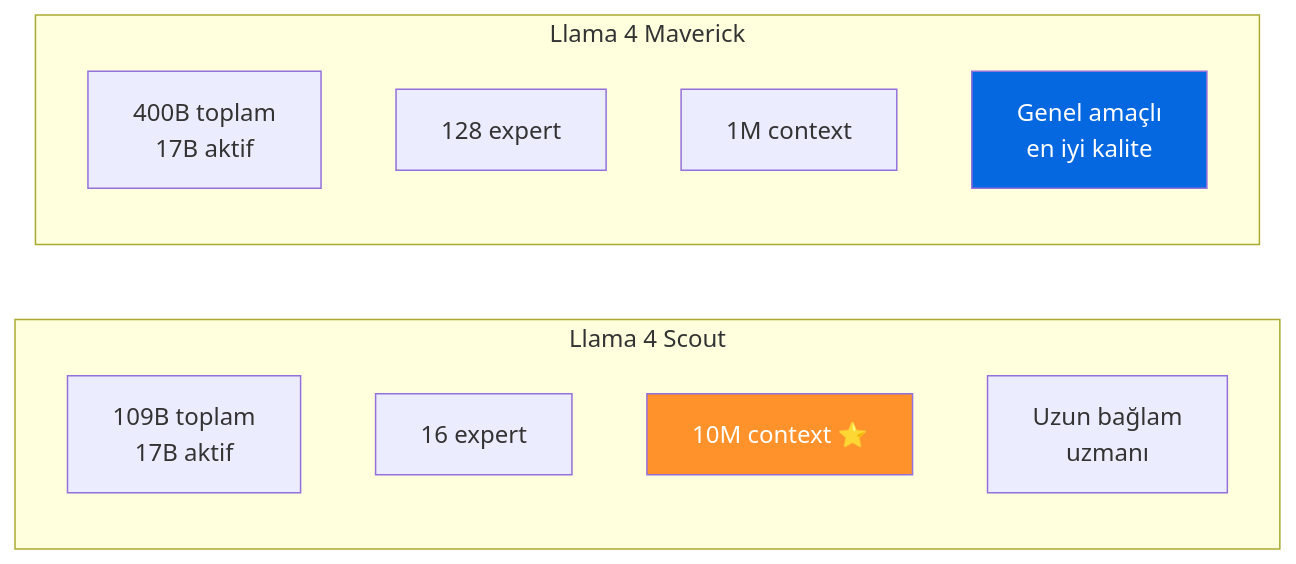
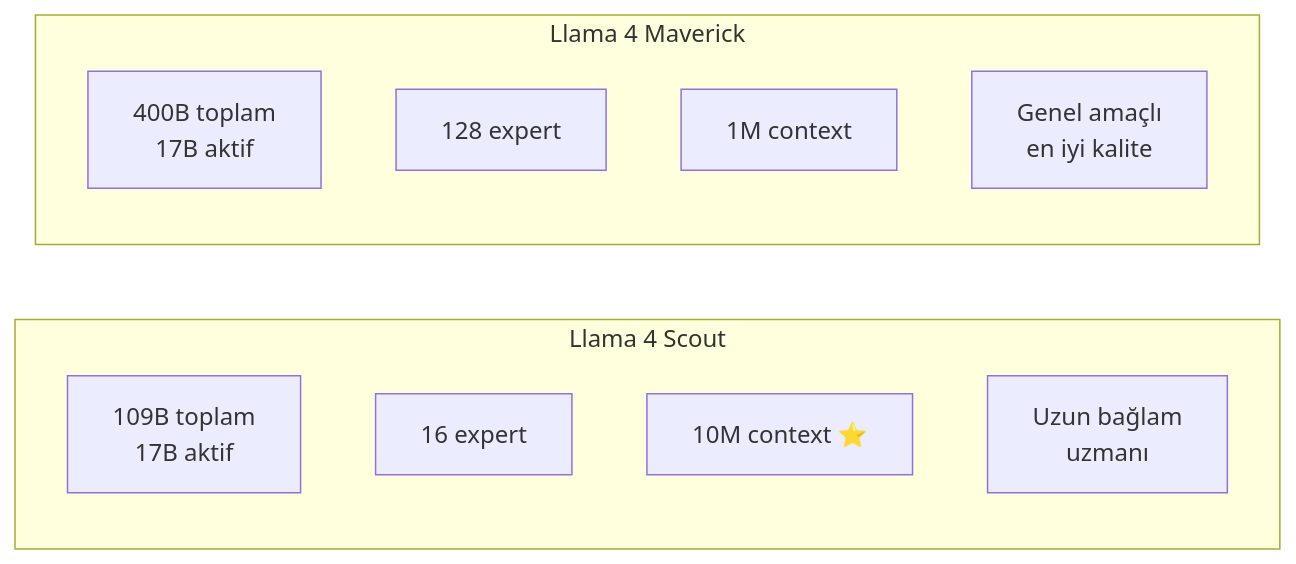
The fourth of 6 diagrams in 03-llm-saglayicilari/04-meta-ve-llama.md (IzzetYasinAtes/ClaudeCodeHandbook), drawn with Mermaid before and after one commit. The commit also changed other lines of this file and 97 other files, not shown here.

Commit message:
Remove all custom Mermaid style/fill colors from 98 markdown files for consistent dark theme rendering

````diff
--- a/03-llm-saglayicilari/04-meta-ve-llama.md
+++ b/03-llm-saglayicilari/04-meta-ve-llama.md
@@ -123,19 +116,17 @@
 ```mermaid
 flowchart LR
     subgraph scout ["Llama 4 Scout"]
         S1["109B toplam<br/>17B aktif"]
         S2["16 expert"]
         S3["10M context ⭐"]
         S4["Uzun bağlam<br/>uzmanı"]
     end
 
     subgraph maverick ["Llama 4 Maverick"]
         M1["400B toplam<br/>17B aktif"]
         M2["128 expert"]
         M3["1M context"]
         M4["Genel amaçlı<br/>en iyi kalite"]
     end
 
-    style S3 fill:#ff922b,color:#fff
-    style M4 fill:#0668E1,color:#fff
 ```
````
